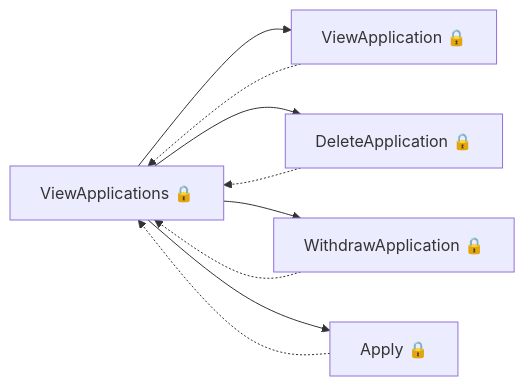
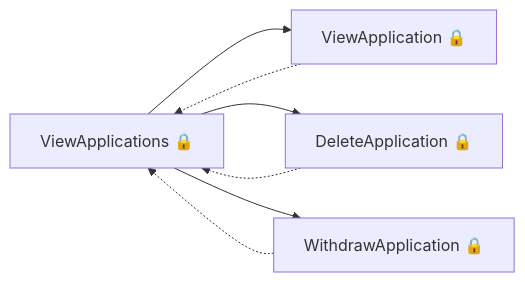
One commit to talentconsulting/atlas-dfe changed the fourth of 8 diagrams in das-findapprenticeship-web/user-journeys/user-journeys.md. Above: the diagram before and after it, drawn with Mermaid. The commit also changed other lines of this file and 22 other files, not shown here.

````diff
--- a/das-findapprenticeship-web/user-journeys/user-journeys.md
+++ b/das-findapprenticeship-web/user-journeys/user-journeys.md
@@ -46,11 +64,9 @@
 ```mermaid
 flowchart LR
   p0["ViewApplications 🔒"] --> p1["ViewApplication 🔒"]
   p1["ViewApplication 🔒"] -.-> p0["ViewApplications 🔒"]
   p0["ViewApplications 🔒"] --> p2["DeleteApplication 🔒"]
   p2["DeleteApplication 🔒"] -.-> p0["ViewApplications 🔒"]
   p0["ViewApplications 🔒"] --> p3["WithdrawApplication 🔒"]
   p3["WithdrawApplication 🔒"] -.-> p0["ViewApplications 🔒"]
-  p0["ViewApplications 🔒"] --> p4["Apply 🔒"]
-  p4["Apply 🔒"] -.-> p0["ViewApplications 🔒"]
 ```
````
